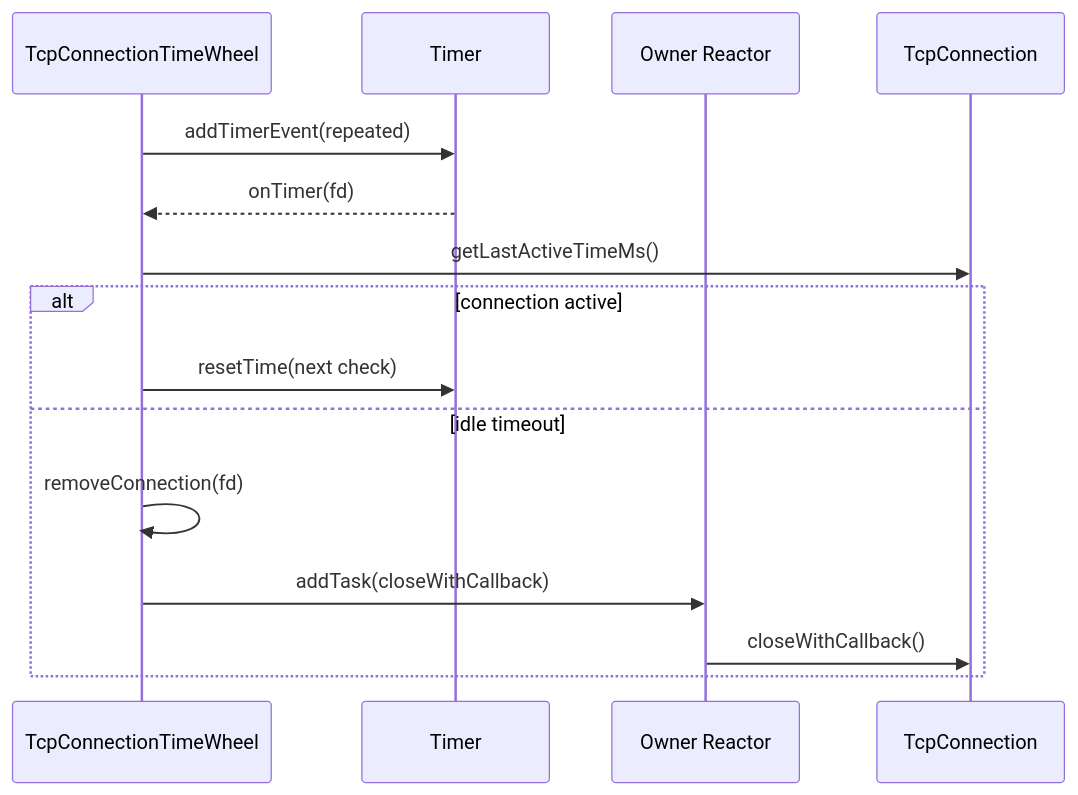
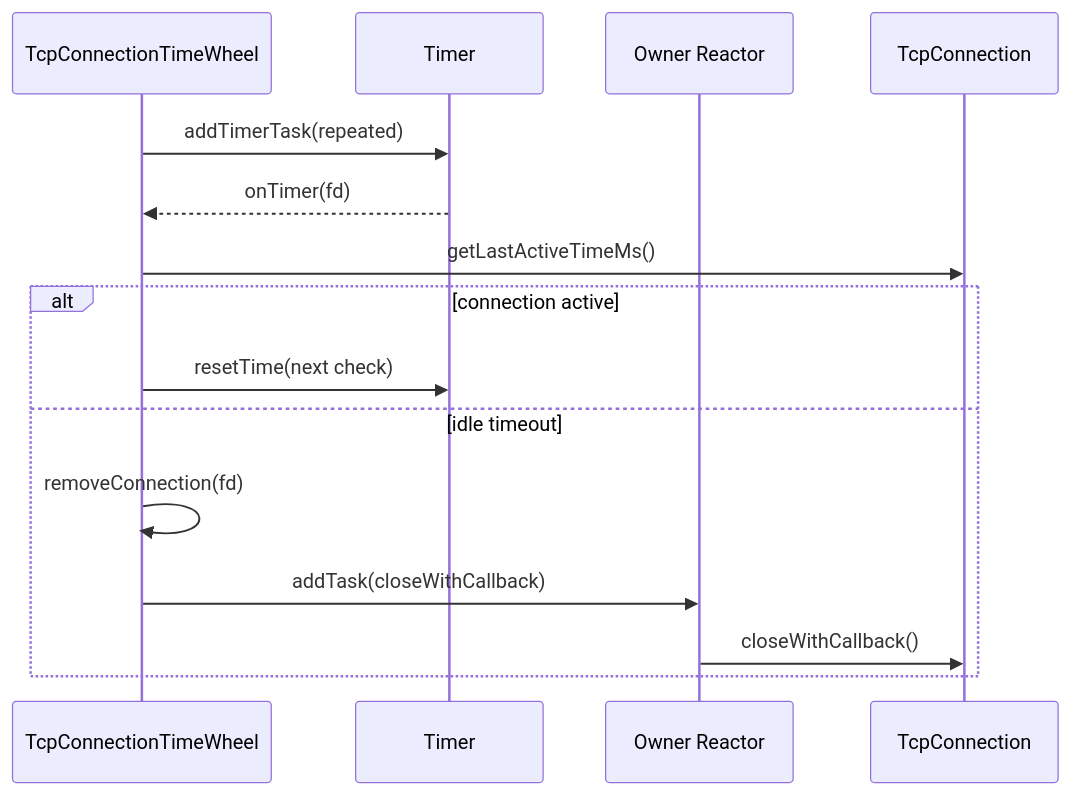
Before and after one commit to echo9923/rpc: the fifth of 5 diagrams in docs/tcpconnection-lifetime.md, drawn with Mermaid. The commit also changed other lines of this file and 22 other files, not shown here.

Commit message:
refactor(timer): 将 TimerEvent 统一重命名为 TimerTask

````diff
--- a/docs/tcpconnection-lifetime.md
+++ b/docs/tcpconnection-lifetime.md
@@ -142,18 +142,18 @@
 ```mermaid
 sequenceDiagram
     participant Wheel as TcpConnectionTimeWheel
     participant Timer as Timer
     participant Reactor as Owner Reactor
     participant Conn as TcpConnection
 
-    Wheel->>Timer: addTimerEvent(repeated)
+    Wheel->>Timer: addTimerTask(repeated)
     Timer-->>Wheel: onTimer(fd)
     Wheel->>Conn: getLastActiveTimeMs()
     alt connection active
         Wheel->>Timer: resetTime(next check)
     else idle timeout
         Wheel->>Wheel: removeConnection(fd)
         Wheel->>Reactor: addTask(closeWithCallback)
         Reactor->>Conn: closeWithCallback()
     end
 ```
````
